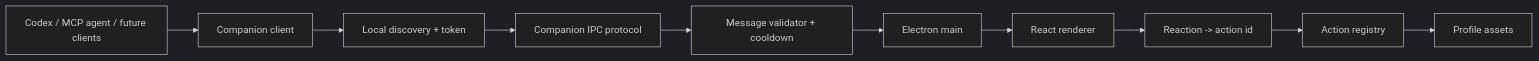
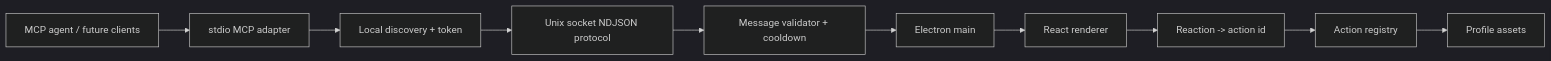
One commit to cafelemon/AI_pet_for_mac changed the second of 2 diagrams in docs/03_architecture.md. Above: the diagram before and after it, drawn with Mermaid (dark theme). The commit also changed other lines of this file and 76 other files, not shown here.

````diff
--- a/docs/03_architecture.md
+++ b/docs/03_architecture.md
@@ -64,12 +65,12 @@
 ```mermaid
 flowchart LR
-  Agent["Codex / MCP agent / future clients"] --> Client["Companion client"]
-  Client --> Discovery["Local discovery + token"]
-  Discovery --> Protocol["Companion IPC protocol"]
+  Agent["MCP agent / future clients"] --> MCP["stdio MCP adapter"]
+  MCP --> Discovery["Local discovery + token"]
+  Discovery --> Protocol["Unix socket NDJSON protocol"]
   Protocol --> Validator["Message validator + cooldown"]
   Validator --> Main["Electron main"]
   Main --> Renderer["React renderer"]
   Renderer --> ActionMap["Reaction -> action id"]
   ActionMap --> Registry["Action registry"]
   Registry --> Assets["Profile assets"]
 ```
````
